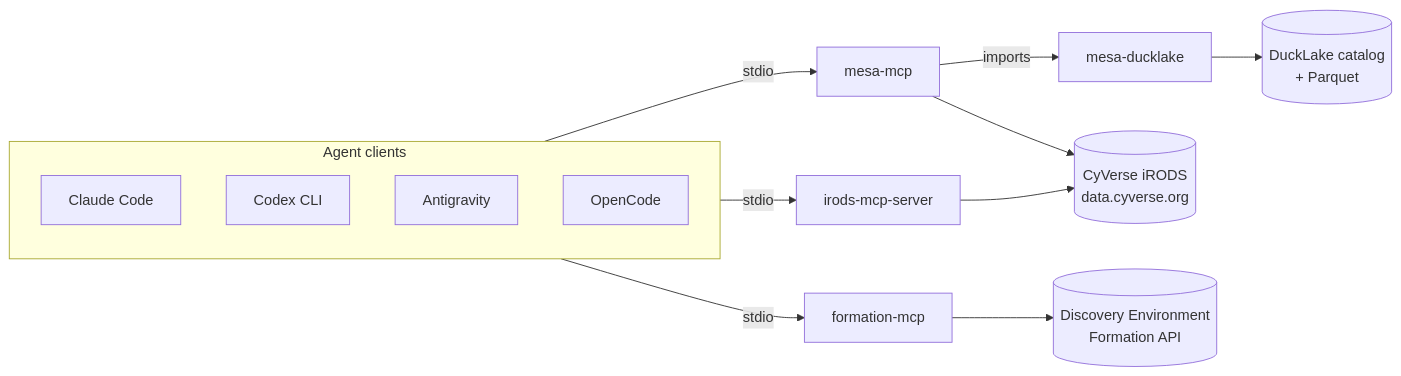
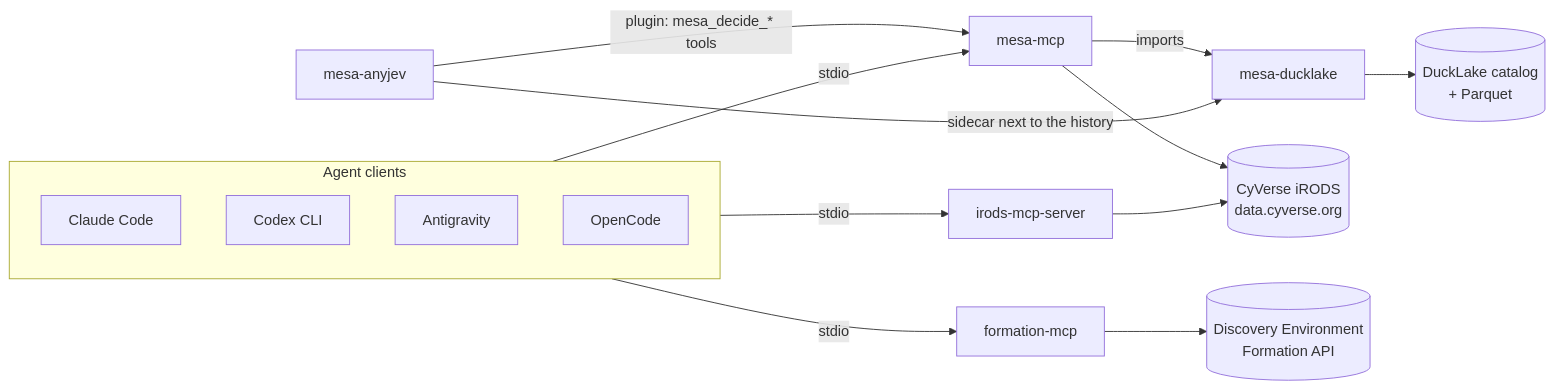
Before and after one commit to idss-mesa/docs: the diagram in docs/index.md, drawn with Mermaid. The commit also changed other lines of this file and 8 other files, not shown here.

First line of the commit message:
feat(install): clone and install mesa-anyjev beside mesa-mcp

````diff
--- a/docs/index.md
+++ b/docs/index.md
@@ -51,17 +52,19 @@
 ```mermaid
 graph LR
   subgraph clients [Agent clients]
     CC[Claude Code]
     CX[Codex CLI]
     AG[Antigravity]
     OC[OpenCode]
   end
   clients -->|stdio| M[mesa-mcp]
   clients -->|stdio| I[irods-mcp-server]
   clients -->|stdio| F[formation-mcp]
   M -->|imports| D[mesa-ducklake]
+  A[mesa-anyjev] -->|plugin: mesa_decide_* tools| M
+  A -->|sidecar next to the history| D
   M --> IR[(CyVerse iRODS<br/>data.cyverse.org)]
   I --> IR
   F --> DE[(Discovery Environment<br/>Formation API)]
   D --> PQ[(DuckLake catalog<br/>+ Parquet)]
 ```
````
